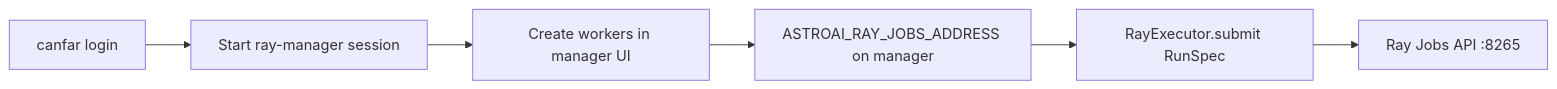
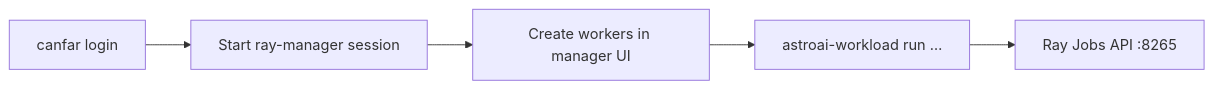
One commit to astroai/astroai-workload changed the second of 2 diagrams in README.md. Above: the diagram before and after it, drawn with Mermaid. The commit also changed other lines of this file and 10 other files, not shown here.

````diff
--- a/README.md
+++ b/README.md
@@ -72,8 +58,7 @@
 ```mermaid
 flowchart LR
   A["canfar login"] --> B["Start ray-manager session"]
   B --> C["Create workers in manager UI"]
-  C --> D["ASTROAI_RAY_JOBS_ADDRESS on manager"]
-  D --> E["RayExecutor.submit RunSpec"]
-  E --> F["Ray Jobs API :8265"]
+  C --> D["astroai-workload run …"]
+  D --> E["Ray Jobs API :8265"]
 ```
````
